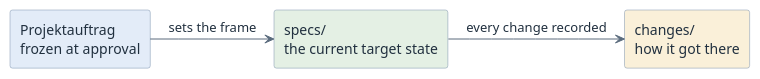
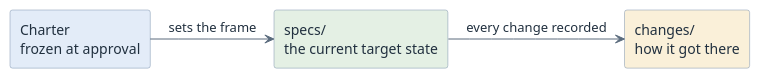
Before and after one commit to htl-leonding-college/curriculum-syp3: the second of 2 diagrams in modules/sdd-why-specs/index.adoc, drawn with PlantUML. The commit also changed other lines of this file and 28 other files, not shown here.

```diff
--- a/modules/sdd-why-specs/index.adoc
+++ b/modules/sdd-why-specs/index.adoc
@@ -333,15 +334,15 @@
 [plantuml,frozen-and-alive,svg]
 ----
 @startuml
 <style>
 element { BackgroundColor #EDF3FA; LineColor #7C93AD; FontColor #21303F }
 arrow { LineColor #5A6B7D; FontColor #21303F }
 </style>
 skinparam shadowing false
-rectangle "Projektauftrag\nfrozen at approval" as C #E3ECF8
+rectangle "Charter\nfrozen at approval" as C #E3ECF8
 rectangle "specs/\nthe current target state" as S #E4F0E4
 rectangle "changes/\nhow it got there" as A #FAF0D9
 C -right-> S : sets the frame
 S -right-> A : every change recorded
 @enduml
 ----
```
